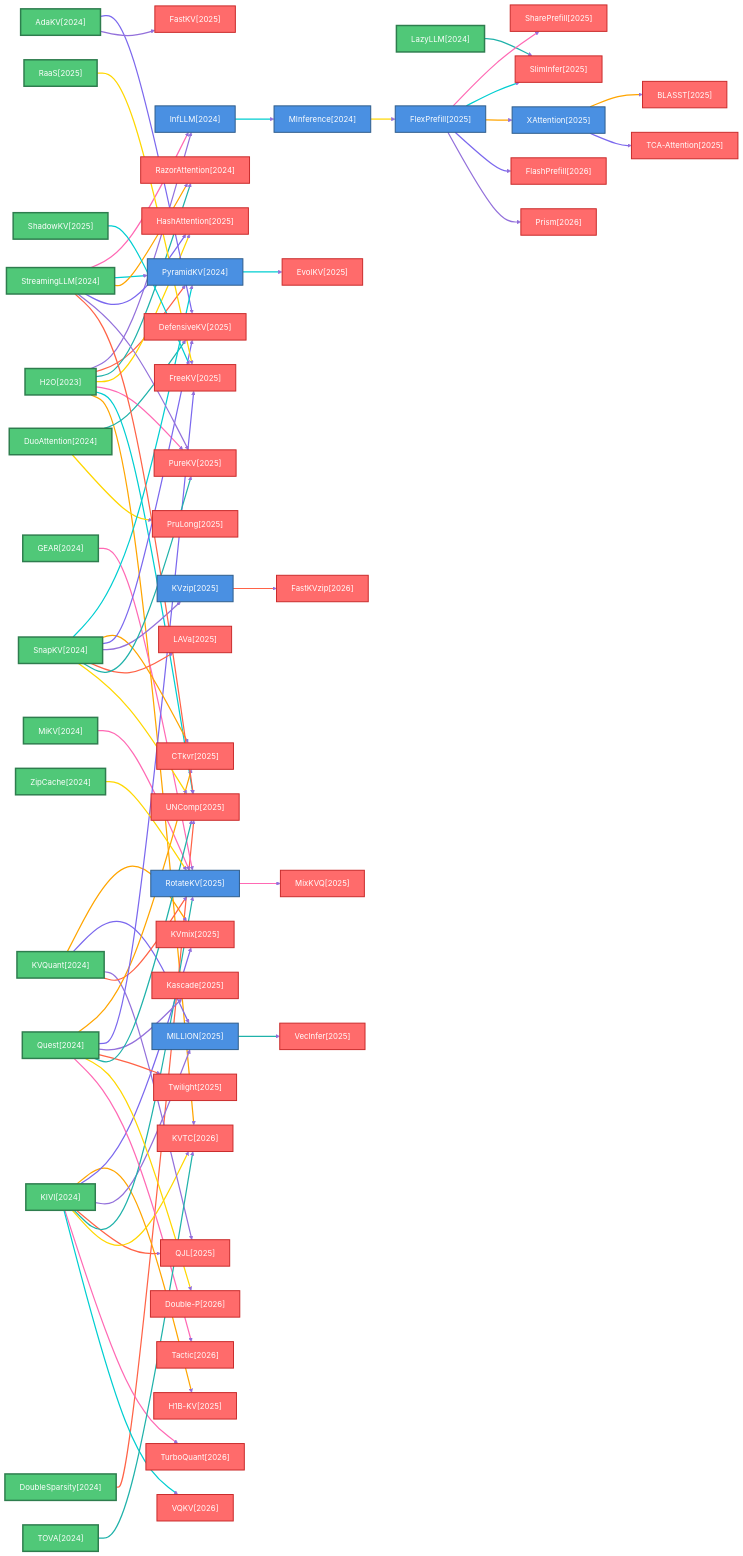
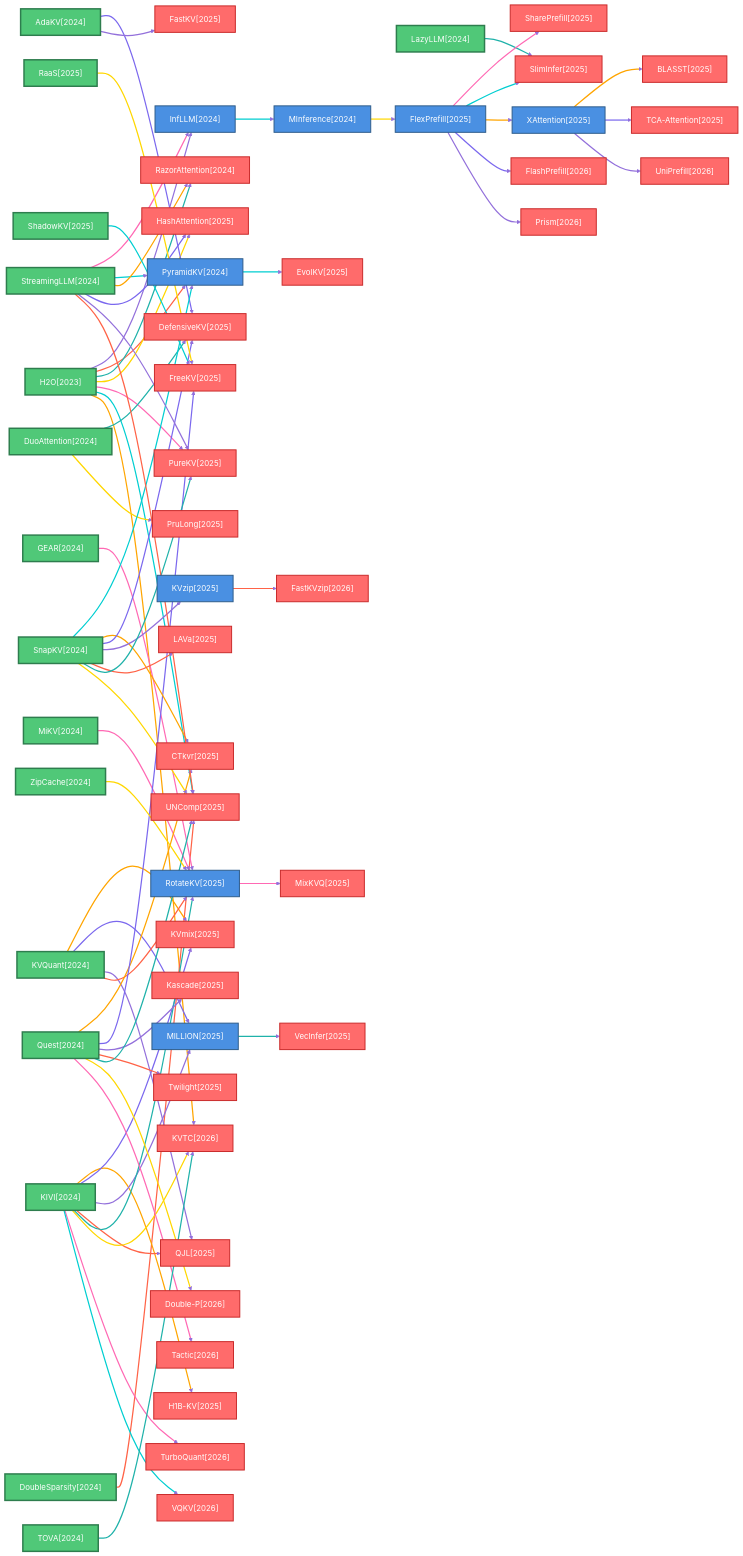
Before and after one commit to hustzxd/EfficientPaper: the first of 14 diagrams in docs/baseline_methods_graph.md, drawn with Mermaid. The commit also changed other lines of this file and 1133 other files, not shown here.

````diff
--- a/docs/baseline_methods_graph.md
+++ b/docs/baseline_methods_graph.md
@@ -174,6 +174,9 @@
     2026_TurboQuant["TurboQuant[2026]"]
     class 2026_TurboQuant leafNode
     click 2026_TurboQuant "../?search=TurboQuant" _blank
+    2026_UniPrefill["UniPrefill[2026]"]
+    class 2026_UniPrefill leafNode
+    click 2026_UniPrefill "../?search=UniPrefill" _blank
     2026_VQKV["VQKV[2026]"]
     class 2026_VQKV leafNode
     click 2026_VQKV "../?search=VQKV" _blank
@@ -306,4 +309,6 @@
     linkStyle 62 stroke:#FFA500,stroke-width:2.5px
     2025_XAttention ==>|" "| 2025_TCA_Attention
     linkStyle 63 stroke:#7B68EE,stroke-width:2.5px
+    2025_XAttention ==>|" "| 2026_UniPrefill
+    linkStyle 64 stroke:#9370DB,stroke-width:2.5px
 ```
````
